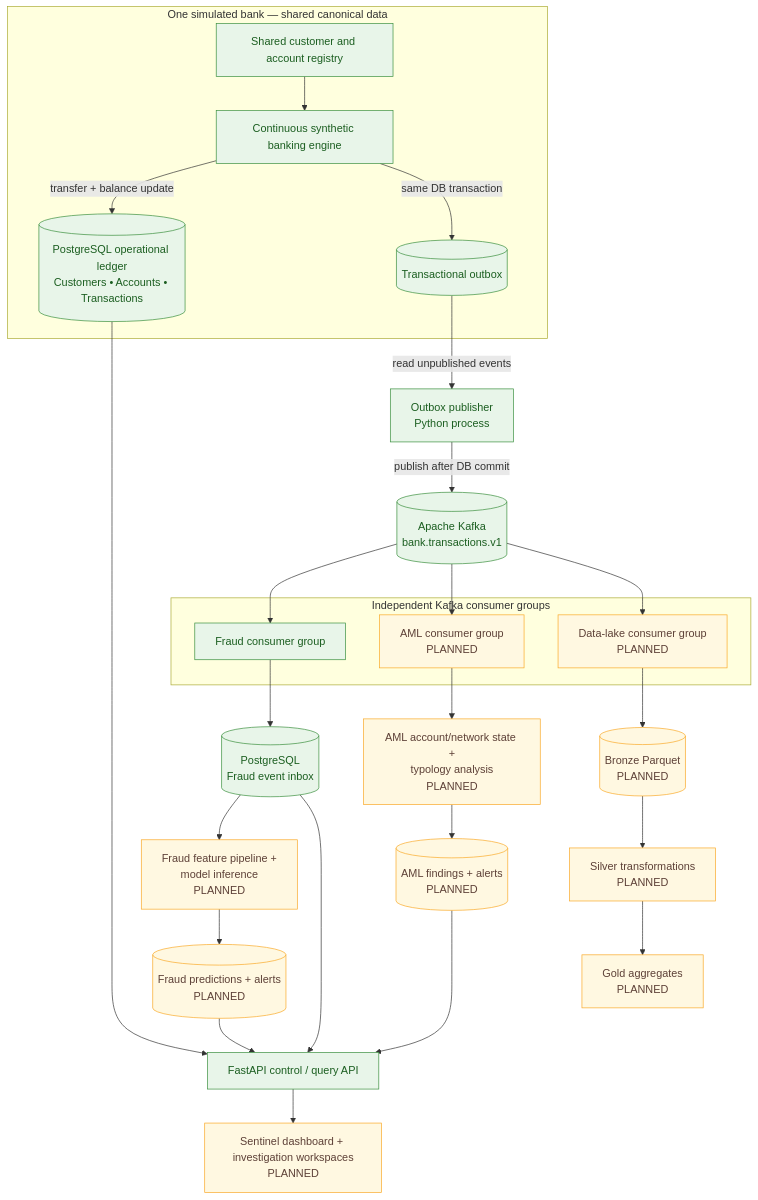
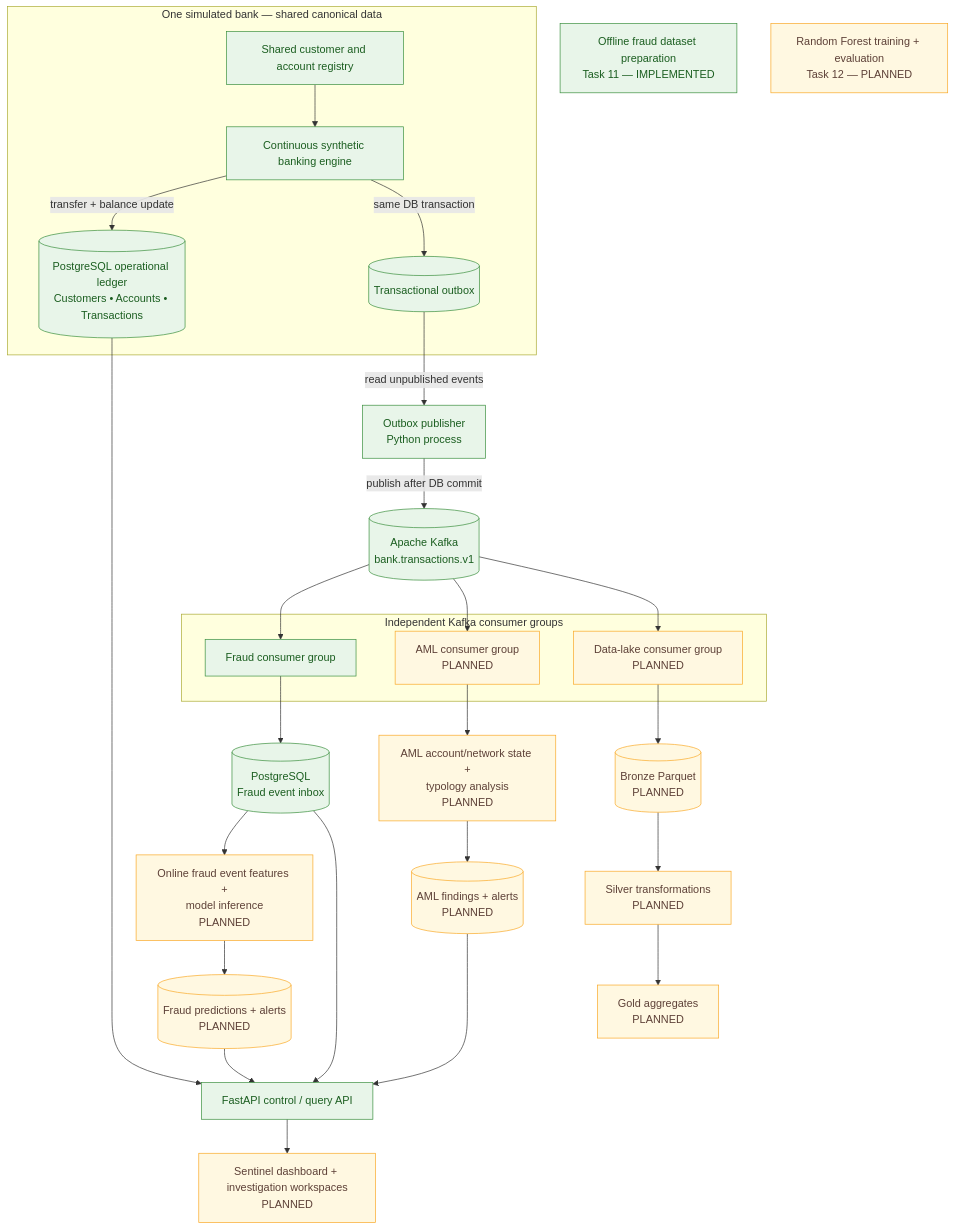
One commit to lakhanpal-learns/final_major_project changed the first of 3 diagrams in documentation/architecture/high-level-architecture-and-python-code-flow.md. Above: the diagram before and after it, drawn with Mermaid. The commit also changed other lines of this file, not shown here.

Commit message:
Update architecture flow for Task 11 fraud dataset preparation

````diff
--- a/documentation/architecture/high-level-architecture-and-python-code-flow.md
+++ b/documentation/architecture/high-level-architecture-and-python-code-flow.md
@@ -32,58 +32,61 @@
 ```mermaid
 flowchart TD
     subgraph BANK["One simulated bank — shared canonical data"]
         REG["Shared customer and account registry"]
         GEN["Continuous synthetic banking engine"]
         LEDGER[("PostgreSQL operational ledger<br/>Customers • Accounts • Transactions")]
         OUTBOX[("Transactional outbox")]
         REG --> GEN
         GEN -->|"transfer + balance update"| LEDGER
         GEN -->|"same DB transaction"| OUTBOX
     end
 
     PUB["Outbox publisher<br/>Python process"]
     KAFKA[("Apache Kafka<br/>bank.transactions.v1")]
 
     OUTBOX -->|"read unpublished events"| PUB
     PUB -->|"publish after DB commit"| KAFKA
 
     subgraph CONSUMERS["Independent Kafka consumer groups"]
         FRAUD["Fraud consumer group"]
         AML["AML consumer group<br/>PLANNED"]
         LAKE["Data-lake consumer group<br/>PLANNED"]
     end
 
     KAFKA --> FRAUD
     KAFKA --> AML
     KAFKA --> LAKE
 
     FINBOX[("PostgreSQL<br/>Fraud event inbox")]
-    MODEL["Fraud feature pipeline +<br/>model inference<br/>PLANNED"]
+    OFFLINE["Offline fraud dataset preparation<br/>Task 11 — IMPLEMENTED"]
+    TRAIN["Random Forest training + evaluation<br/>Task 12 — PLANNED"]
+    MODEL["Online fraud event features +<br/>model inference<br/>PLANNED"]
     FRESULT[("Fraud predictions + alerts<br/>PLANNED")]
     AENGINE["AML account/network state +<br/>typology analysis<br/>PLANNED"]
     ARESULT[("AML findings + alerts<br/>PLANNED")]
     BRONZE[("Bronze Parquet<br/>PLANNED")]
     SILVER["Silver transformations<br/>PLANNED"]
     GOLD["Gold aggregates<br/>PLANNED"]
 
     FRAUD --> FINBOX
     FINBOX --> MODEL
     MODEL --> FRESULT
     AML --> AENGINE
     AENGINE --> ARESULT
     LAKE --> BRONZE
     BRONZE --> SILVER --> GOLD
 
     API["FastAPI control / query API"]
     UI["Sentinel dashboard + investigation workspaces<br/>PLANNED"]
     FRESULT --> API
     ARESULT --> API
     LEDGER --> API
     FINBOX --> API
     API --> UI
 
     classDef implemented fill:#e8f5e9,stroke:#388e3c,color:#1b5e20
     classDef planned fill:#fff8e1,stroke:#f9a825,color:#5d4037
     class REG,GEN,LEDGER,OUTBOX,PUB,KAFKA,FRAUD,FINBOX,API implemented
-    class AML,LAKE,MODEL,FRESULT,AENGINE,ARESULT,BRONZE,SILVER,GOLD,UI planned
+    class OFFLINE implemented
+    class AML,LAKE,TRAIN,MODEL,FRESULT,AENGINE,ARESULT,BRONZE,SILVER,GOLD,UI planned
 ```
````
